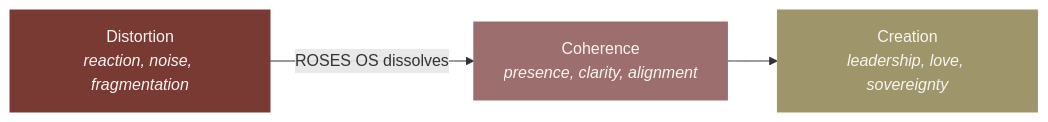
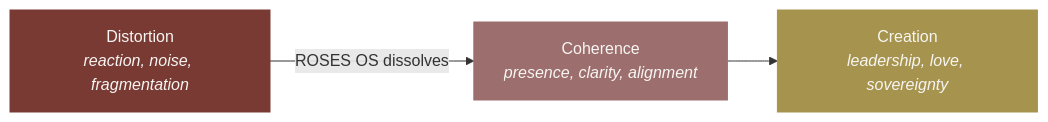
The second of 28 diagrams in docs/brand-dna.md (Light-Brands/roses-os), drawn with Mermaid before and after one commit. The commit also changed other lines of this file and 1 other file, not shown here.

````diff
--- a/docs/brand-dna.md
+++ b/docs/brand-dna.md
@@ -108,9 +108,9 @@
 ```mermaid
 graph LR
     A["Distortion<br/><i>reaction, noise, fragmentation</i>"] -->|ROSES OS dissolves| B["Coherence<br/><i>presence, clarity, alignment</i>"]
     B --> C["Creation<br/><i>leadership, love, sovereignty</i>"]
 
     style A fill:#7A3A34,color:#F7F5F2,stroke:#7A3A34
     style B fill:#9C6F6E,color:#F7F5F2,stroke:#9C6F6E
-    style C fill:#9E956B,color:#F7F5F2,stroke:#9E956B
+    style C fill:#A6944E,color:#F7F5F2,stroke:#A6944E
 ```
````
